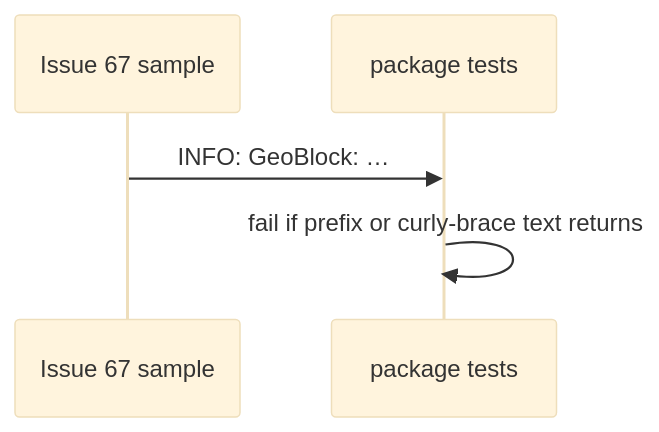
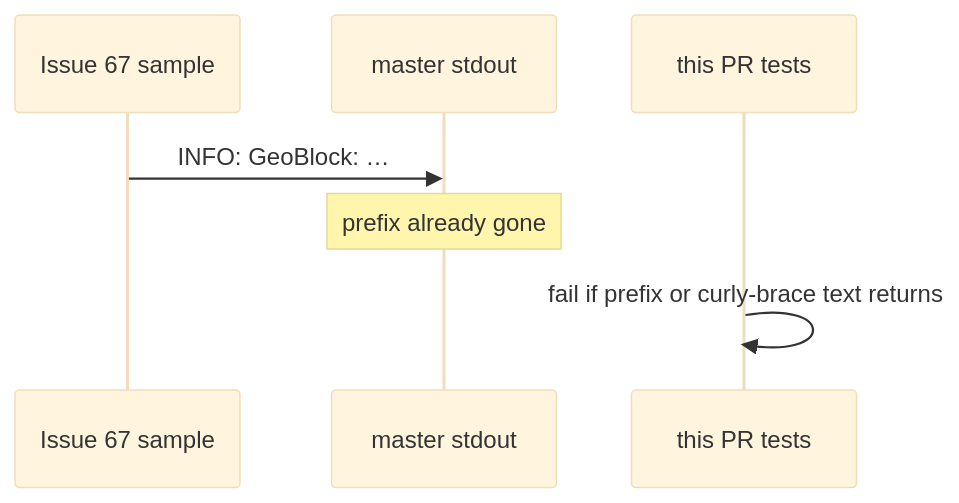
One commit to david-garcia-garcia/traefik-geoblock changed the diagram in devstate/2026/09/2026-09-08-non-json-logs/card.md. Above: the diagram before and after it, drawn with Mermaid (base theme). The commit also changed other lines of this file and 2 other files, not shown here.

````diff
--- a/devstate/2026/09/2026-09-08-non-json-logs/card.md
+++ b/devstate/2026/09/2026-09-08-non-json-logs/card.md
@@ -20,7 +22,9 @@
 ```mermaid
 sequenceDiagram
   participant Issue as Issue 67 sample
-  participant Tests as package tests
-  Issue->>Tests: INFO: GeoBlock: …
+  participant Master as master stdout
+  participant Tests as this PR tests
+  Issue->>Master: INFO: GeoBlock: …
+  Note over Master: prefix already gone
   Tests->>Tests: fail if prefix or curly-brace text returns
 ```
````
